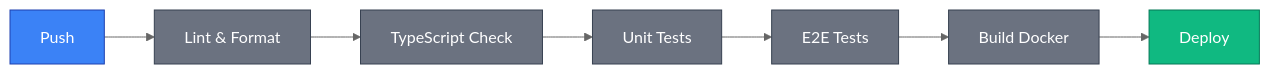
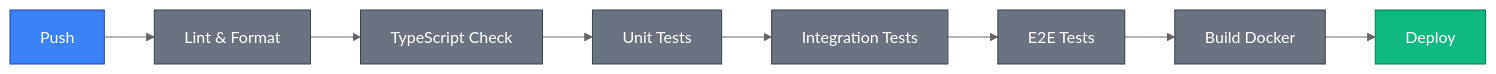
The sixth of 6 diagrams in docs/api/overview/architecture.md (kardasz/skipper-club-android), drawn with Mermaid (neutral theme) before and after one commit. The commit also changed other lines of this file and 45 other files, not shown here.

````diff
--- a/docs/api/overview/architecture.md
+++ b/docs/api/overview/architecture.md
@@ -298,13 +291,14 @@
 ```mermaid
 flowchart LR
     A[Push]:::trigger --> B[Lint & Format]:::state
     B --> C[TypeScript Check]:::state
     C --> D[Unit Tests]:::state
-    D --> E[E2E Tests]:::state
+    D --> D2[Integration Tests]:::state
+    D2 --> E[E2E Tests]:::state
     E --> F[Build Docker]:::state
     F --> G[Deploy]:::success
 
     classDef trigger fill:#3B82F6,stroke:#1E40AF,color:#FFFFFF
     classDef state fill:#6B7280,stroke:#374151,color:#FFFFFF
     classDef success fill:#10B981,stroke:#047857,color:#FFFFFF
 ```
````
